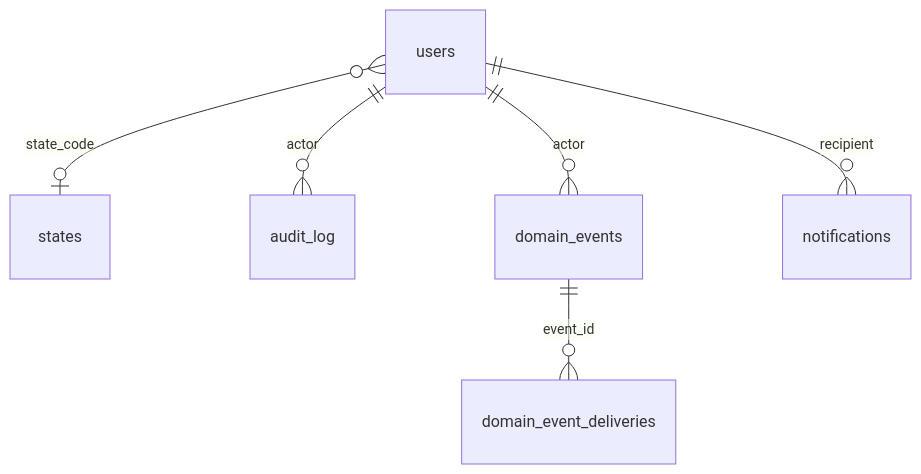
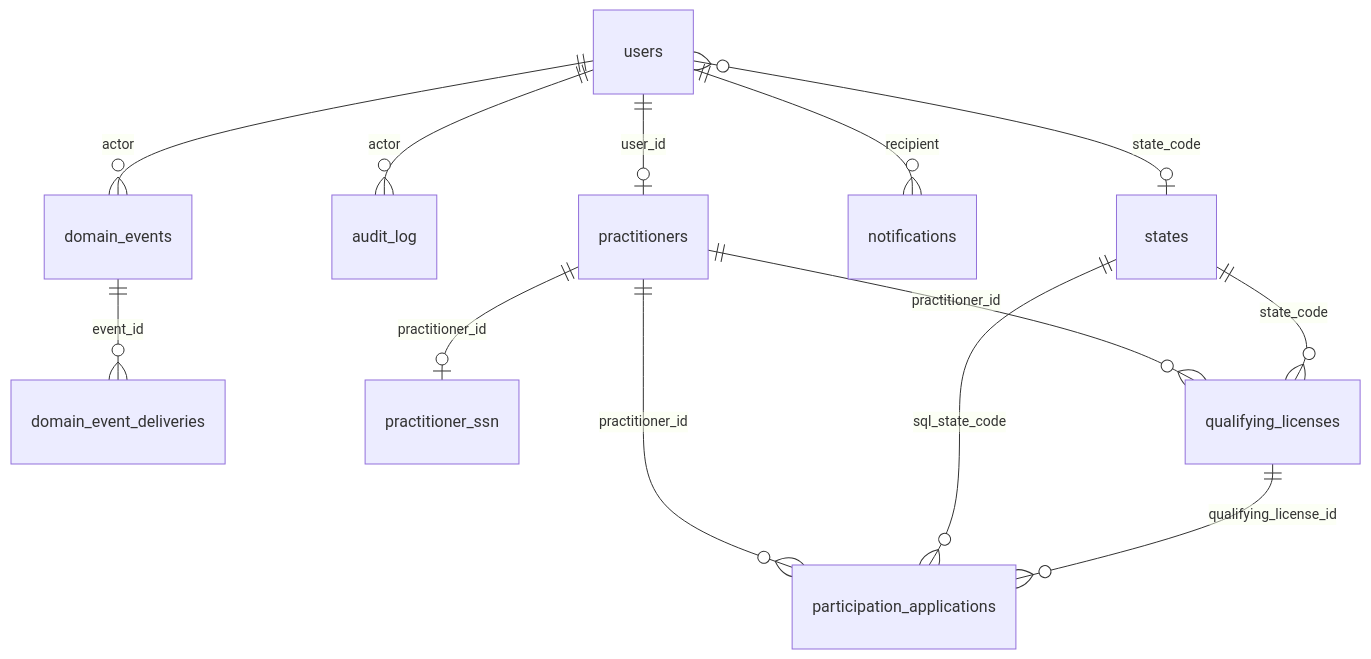
The diagram in engineering/docs/data-model.md (focusconsulting/pa-compact-licensing-platform), drawn with Mermaid before and after one commit. The commit also changed other lines of this file and 10 other files, not shown here.

First line of the commit message:
feat(api): add practitioners, licenses, and applications (F-02 phase 2a)

````diff
--- a/engineering/docs/data-model.md
+++ b/engineering/docs/data-model.md
@@ -27,8 +27,15 @@
 ```mermaid
 erDiagram
     users }o--o| states : "state_code"
     users ||--o{ audit_log : "actor"
     users ||--o{ domain_events : "actor"
     users ||--o{ notifications : "recipient"
     domain_events ||--o{ domain_event_deliveries : "event_id"
+    users ||--o| practitioners : "user_id"
+    practitioners ||--o| practitioner_ssn : "practitioner_id"
+    practitioners ||--o{ qualifying_licenses : "practitioner_id"
+    states ||--o{ qualifying_licenses : "state_code"
+    practitioners ||--o{ participation_applications : "practitioner_id"
+    states ||--o{ participation_applications : "sql_state_code"
+    qualifying_licenses ||--o{ participation_applications : "qualifying_license_id"
 ```
````
